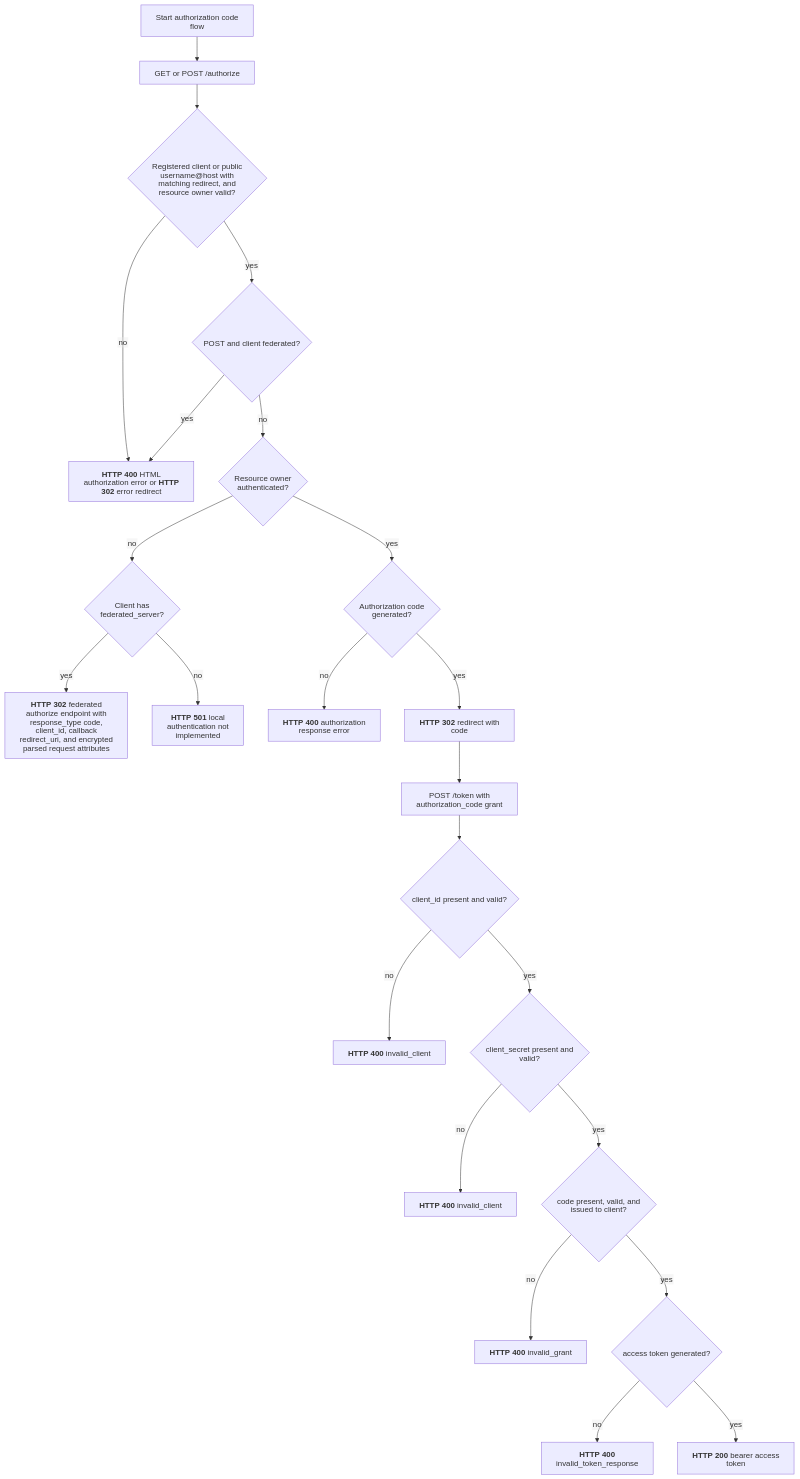
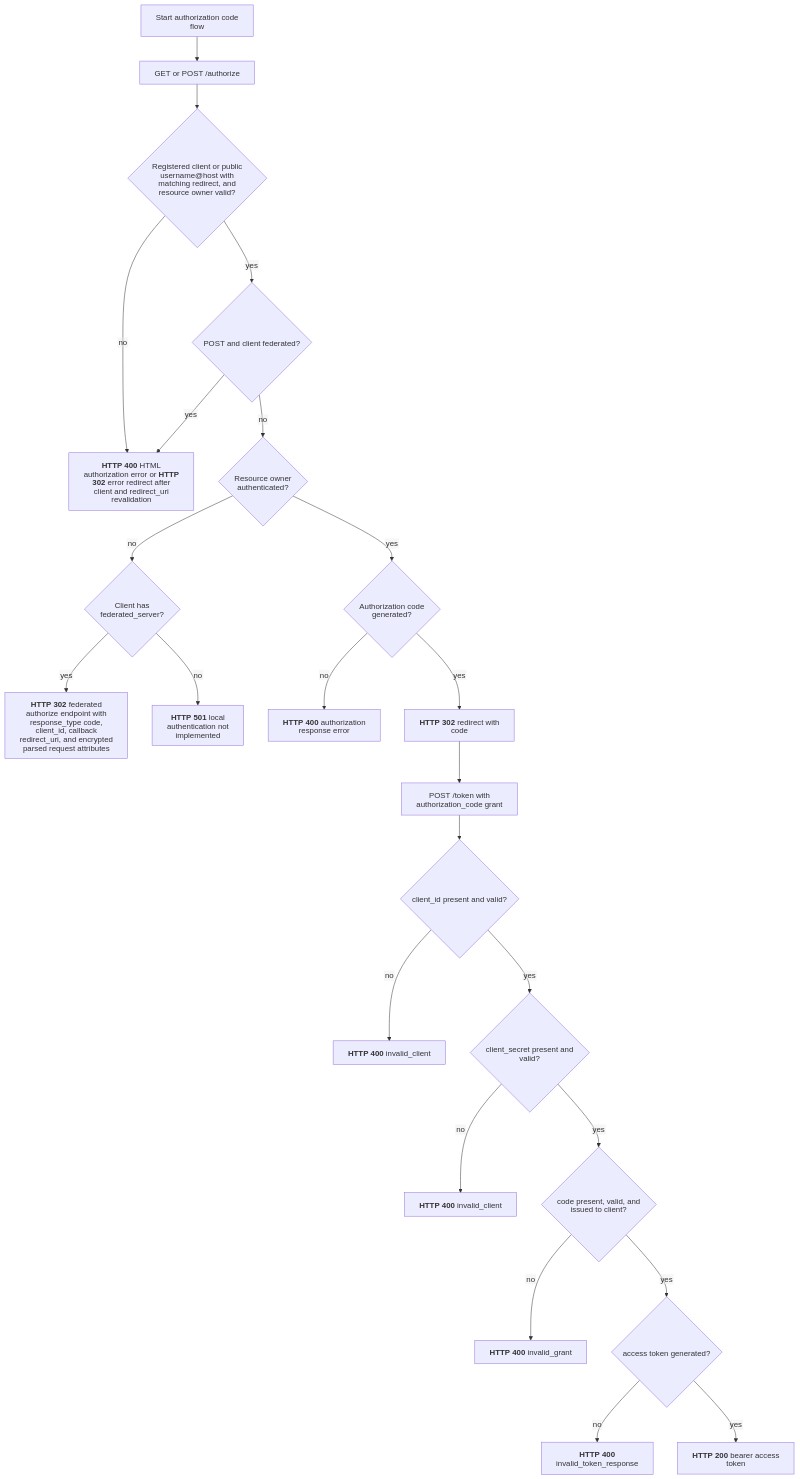
Before and after one commit to malach-it/kagome: the diagram in docs/flows/oauth/authorization_code.mmd, drawn with Mermaid. The commit also changed 10 other files, not shown here.

Commit message:
fix: validate authorize error redirect uri

```diff
--- a/docs/flows/oauth/authorization_code.mmd
+++ b/docs/flows/oauth/authorization_code.mmd
@@ -1,24 +1,24 @@
 %%{init: {"htmlLabels": false, "flowchart": {"htmlLabels": false}}}%%
 flowchart TD
     start[Start authorization code flow] --> authorize[GET or POST /authorize]
     authorize --> authorize_valid{Registered client or public username@host with matching redirect, and resource owner valid?}
-    authorize_valid -- no --> authorize_error["`**HTTP 400** HTML authorization error or **HTTP 302** error redirect`"]
+    authorize_valid -- no --> authorize_error["`**HTTP 400** HTML authorization error or **HTTP 302** error redirect after client and redirect_uri revalidation`"]
     authorize_valid -- yes --> federated_post{POST and client federated?}
     federated_post -- yes --> authorize_error
     federated_post -- no --> owner{Resource owner authenticated?}
     owner -- no --> federation{Client has federated_server?}
     federation -- yes --> federated_redirect["`**HTTP 302** federated authorize endpoint with response_type code, client_id, callback redirect_uri, and encrypted parsed request attributes`"]
     federation -- no --> not_implemented["`**HTTP 501** local authentication not implemented`"]
     owner -- yes --> issue{Authorization code generated?}
     issue -- no --> issue_error["`**HTTP 400** authorization response error`"]
     issue -- yes --> redirect["`**HTTP 302** redirect with code`"]
     redirect --> token[POST /token with authorization_code grant]
     token --> client_id{client_id present and valid?}
     client_id -- no --> client_error["`**HTTP 400** invalid_client`"]
     client_id -- yes --> secret{client_secret present and valid?}
     secret -- no --> secret_error["`**HTTP 400** invalid_client`"]
     secret -- yes --> code{code present, valid, and issued to client?}
     code -- no --> code_error["`**HTTP 400** invalid_grant`"]
     code -- yes --> generate{access token generated?}
     generate -- no --> generation_error["`**HTTP 400** invalid_token_response`"]
     generate -- yes --> success["`**HTTP 200** bearer access token`"]
```
